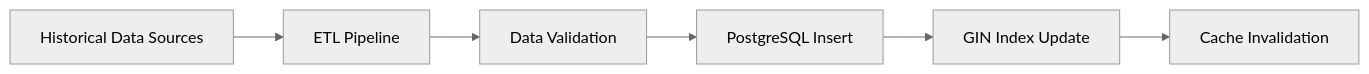
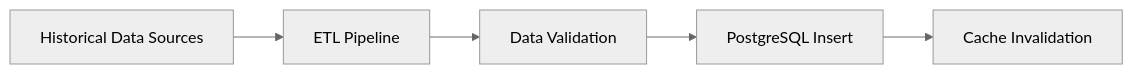
The second of 2 diagrams in docs/architecture/data-architecture.md (kmryst/terraform-hannibal), drawn with Mermaid (neutral theme) before and after one commit. The commit also changed other lines of this file, not shown here.

First line of the commit message:
docs(adr): CODEX レビュー指摘を data-architecture.md に反映する

````diff
--- a/docs/architecture/data-architecture.md
+++ b/docs/architecture/data-architecture.md
@@ -164,8 +164,7 @@
 ```mermaid
 graph LR
     A[Historical Data Sources] --> B[ETL Pipeline]
     B --> C[Data Validation]
     C --> D[PostgreSQL Insert]
-    D --> E[GIN Index Update]
-    E --> F[Cache Invalidation]
+    D --> F[Cache Invalidation]
 ```
````
